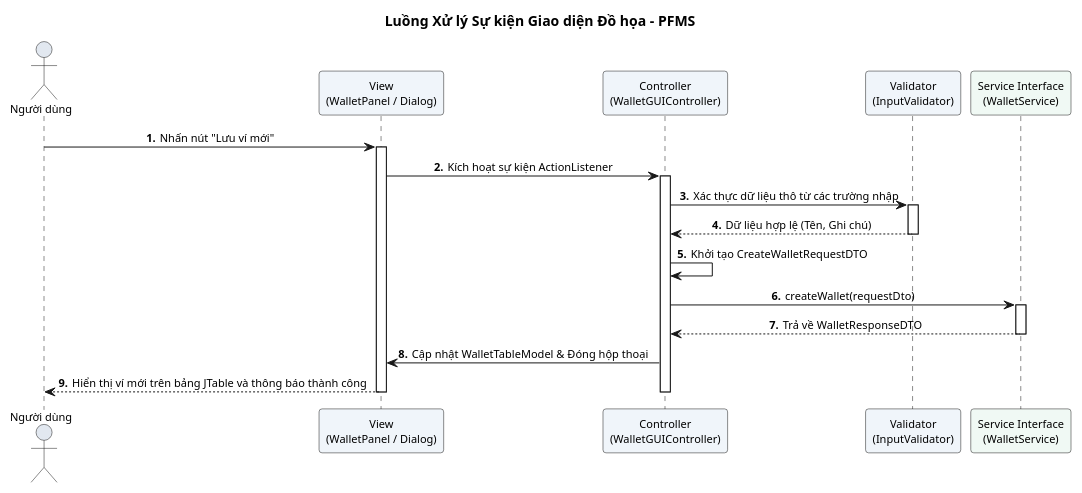
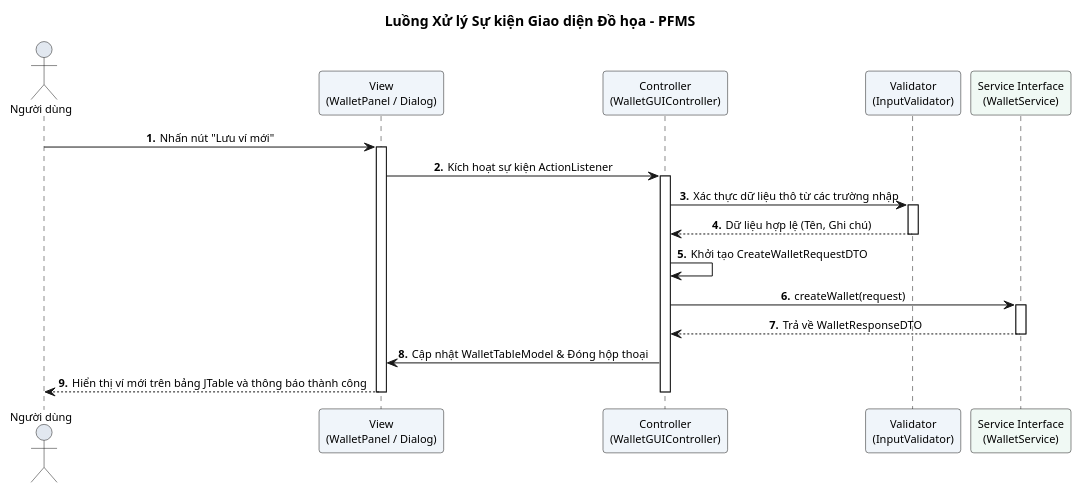
Before and after one commit to mynhleeh/pfms-oop: the diagram in docs/object-oriented-design/07-thiet-ke-giao-dien-nguoi-dung.md, drawn with PlantUML. The commit also changed other lines of this file and 3 other files, not shown here.

Commit message:
docs(ood): harmonize service contracts, sequence diagrams, and DTO specifications

````diff
--- a/docs/object-oriented-design/07-thiet-ke-giao-dien-nguoi-dung.md
+++ b/docs/object-oriented-design/07-thiet-ke-giao-dien-nguoi-dung.md
@@ -41,41 +41,41 @@
 ```plantuml
 @startuml
 title Luồng Xử lý Sự kiện Giao diện Đồ họa - PFMS
 
 autonumber 1 "<b>.</b>"
 skinparam defaultFontName "Segoe UI", Arial, sans-serif
 skinparam defaultFontSize 11
 skinparam roundcorner 6
 skinparam shadowing false
 skinparam sequenceMessageAlign center
 
 actor "Người dùng" as User #E2E8F0
 participant "View\n(WalletPanel / Dialog)" as View #F0F5FA
 participant "Controller\n(WalletGUIController)" as Controller #F0F5FA
 participant "Validator\n(InputValidator)" as Validator #F0F5FA
 participant "Service Interface\n(WalletService)" as Service #F0F9F4
 
 User -> View : Nhấn nút "Lưu ví mới"
 activate View
 
 View -> Controller : Kích hoạt sự kiện ActionListener
 activate Controller
 
 Controller -> Validator : Xác thực dữ liệu thô từ các trường nhập
 activate Validator
 Validator --> Controller : Dữ liệu hợp lệ (Tên, Ghi chú)
 deactivate Validator
 
 Controller -> Controller : Khởi tạo CreateWalletRequestDTO
-Controller -> Service : createWallet(requestDto)
+Controller -> Service : createWallet(request)
 activate Service
 Service --> Controller : Trả về WalletResponseDTO
 deactivate Service
 
 Controller -> View : Cập nhật WalletTableModel & Đóng hộp thoại
 View --> User : Hiển thị ví mới trên bảng JTable và thông báo thành công
 deactivate Controller
 deactivate View
 
 @enduml
 ```
````
